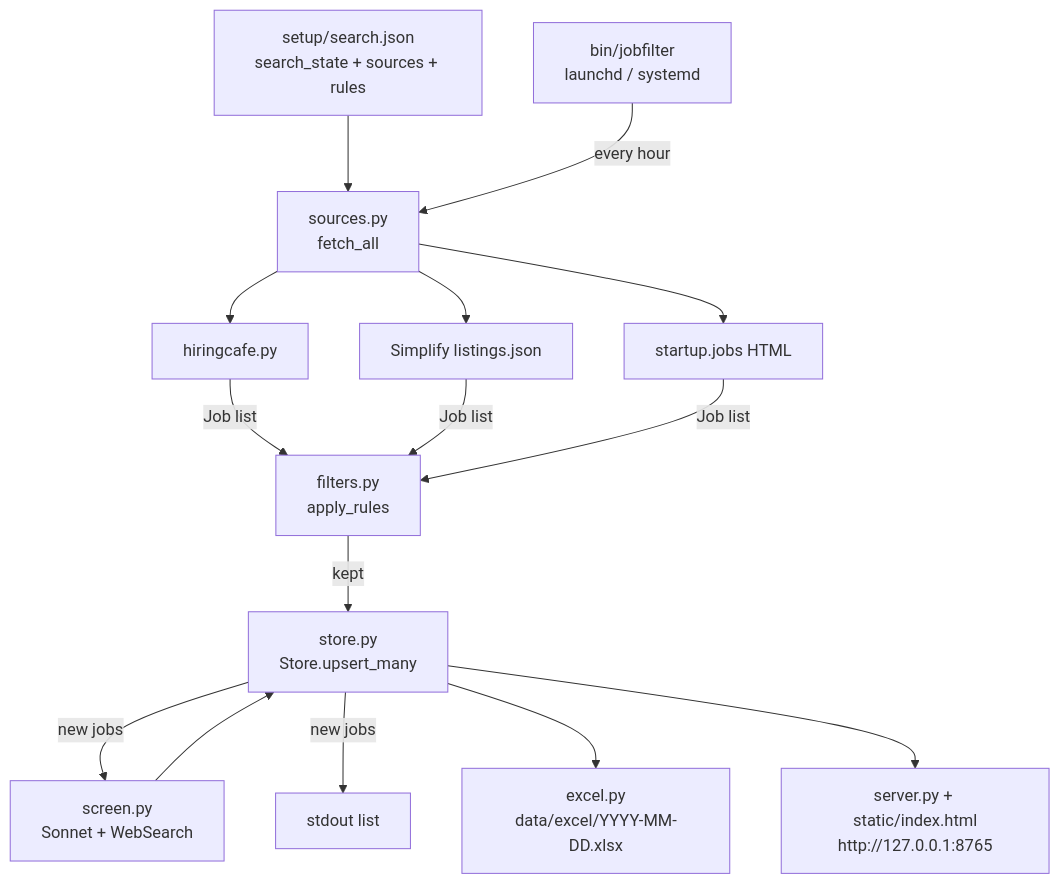
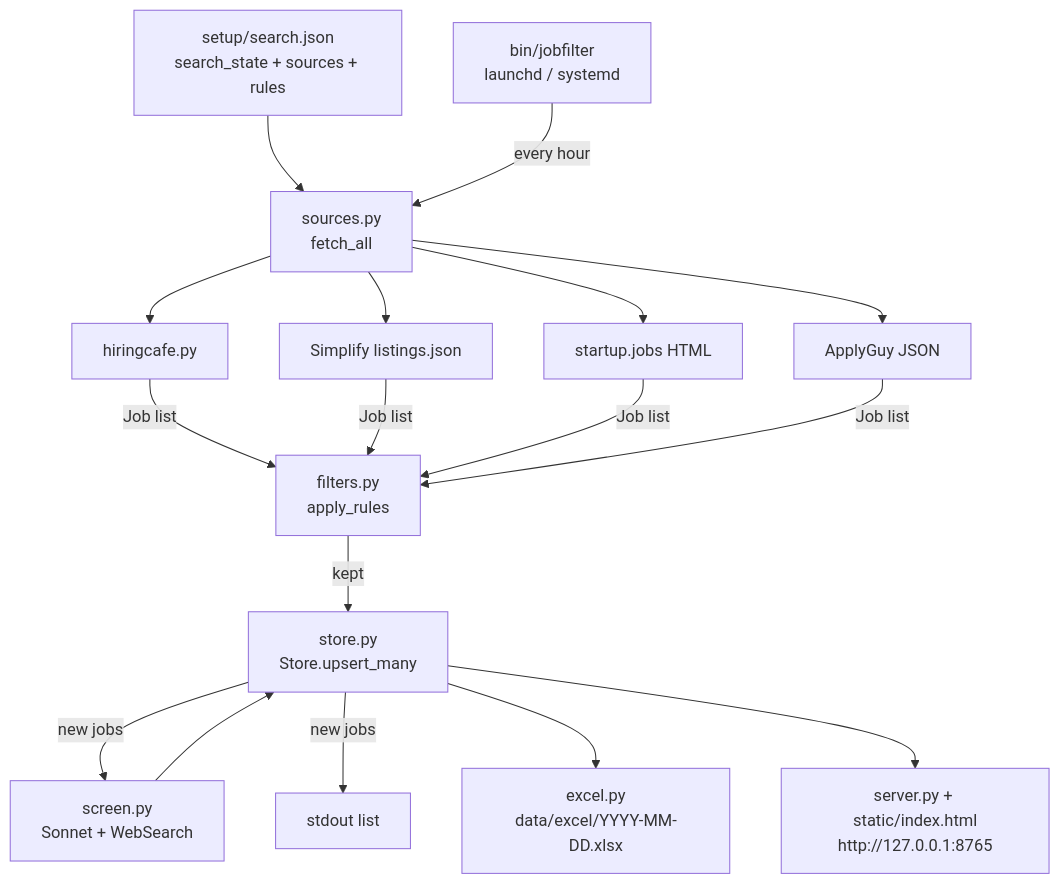
The diagram in jobFilter/README.md (zhuyuezx/JobAppBot), drawn with Mermaid before and after one commit. The commit also changed other lines of this file and 10 other files, not shown here.

````diff
--- a/jobFilter/README.md
+++ b/jobFilter/README.md
@@ -7,13 +7,13 @@
 ```mermaid
 flowchart TD
     A[setup/search.json<br/>search_state + sources + rules] --> B[sources.py<br/>fetch_all]
-    B --> B1[hiringcafe.py] & B2[Simplify listings.json] & B3[startup.jobs HTML]
-    B1 & B2 & B3 -->|Job list| D[filters.py<br/>apply_rules]
+    B --> B1[hiringcafe.py] & B2[Simplify listings.json] & B3[startup.jobs HTML] & B4[ApplyGuy JSON]
+    B1 & B2 & B3 & B4 -->|Job list| D[filters.py<br/>apply_rules]
     D -->|kept| E[store.py<br/>Store.upsert_many]
     E -->|new jobs| SC[screen.py<br/>Sonnet + WebSearch]
     SC --> E
     E -->|new jobs| F[stdout list]
     E --> G[excel.py<br/>data/excel/YYYY-MM-DD.xlsx]
     E --> H[server.py + static/index.html<br/>http://127.0.0.1:8765]
     S[bin/jobfilter<br/>launchd / systemd] -->|every hour| B
 ```
````
